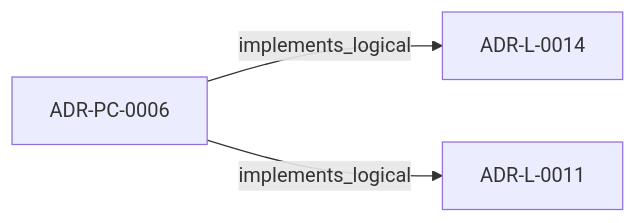
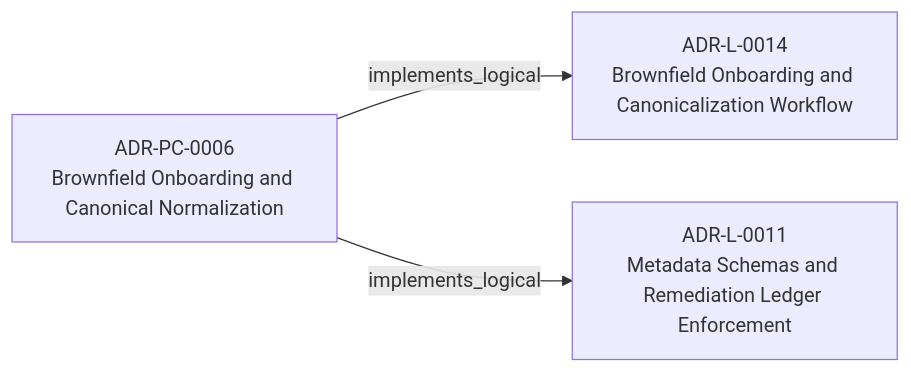
Before and after one commit to egallmann/adr-architecture-kit: the first of 2 diagrams in adrs/adr-projection/physical-component/ADR-PC-0006-brownfield-onboarding-and-canonical-normalization.md, drawn with Mermaid. The commit also changed other lines of this file and 35 other files, not shown here.

````diff
--- a/adrs/adr-projection/physical-component/ADR-PC-0006-brownfield-onboarding-and-canonical-normalization.md
+++ b/adrs/adr-projection/physical-component/ADR-PC-0006-brownfield-onboarding-and-canonical-normalization.md
@@ -30,8 +56,8 @@
 ```mermaid
 flowchart LR
-  n_019fee89_e616_7628_913b_a059c1057c36["ADR-L-0014"]
-  n_019fee89_e616_7b97_971d_ae165d13bf9c["ADR-L-0011"]
-  n_019fee89_e618_7787_b43f_a3e5cb264dd5["ADR-PC-0006"]
+  n_019fee89_e616_7628_913b_a059c1057c36["ADR-L-0014<br/>Brownfield Onboarding and Canonicalization Workflow"]
+  n_019fee89_e616_7b97_971d_ae165d13bf9c["ADR-L-0011<br/>Metadata Schemas and Remediation Ledger Enforcement"]
+  n_019fee89_e618_7787_b43f_a3e5cb264dd5["ADR-PC-0006<br/>Brownfield Onboarding and Canonical Normalization"]
   n_019fee89_e618_7787_b43f_a3e5cb264dd5 -->|"implements_logical"| n_019fee89_e616_7628_913b_a059c1057c36
   n_019fee89_e618_7787_b43f_a3e5cb264dd5 -->|"implements_logical"| n_019fee89_e616_7b97_971d_ae165d13bf9c
 ```
````
